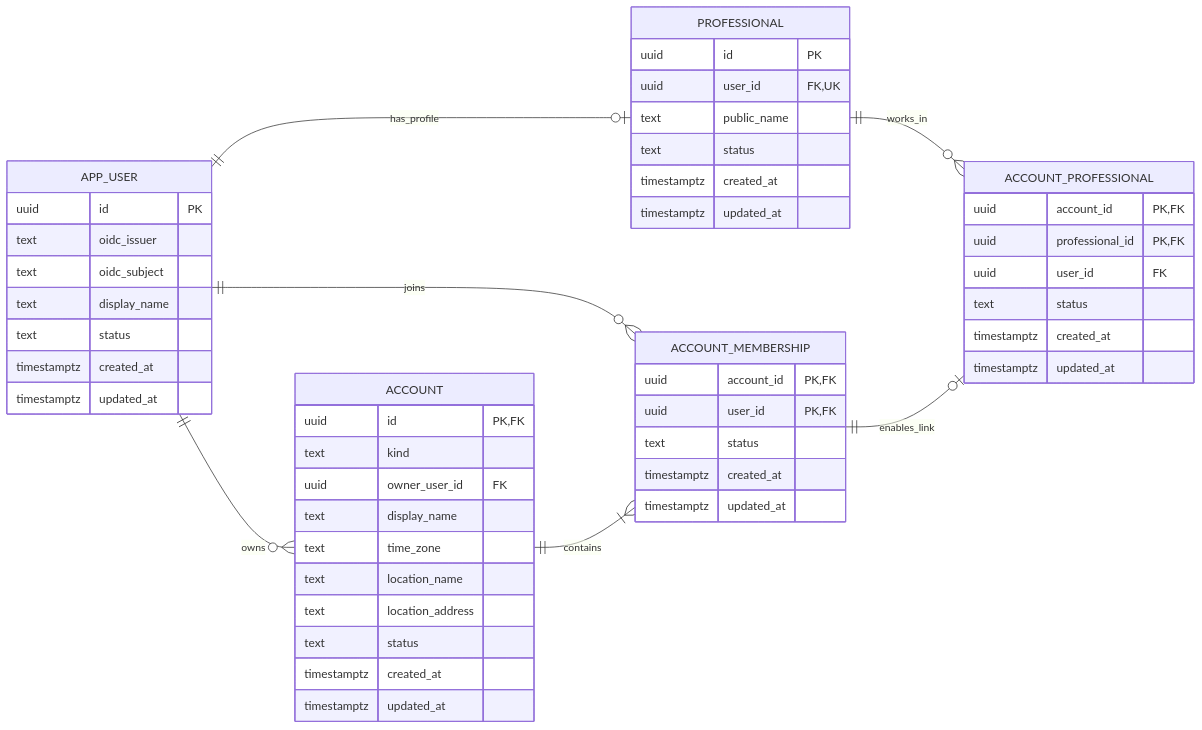
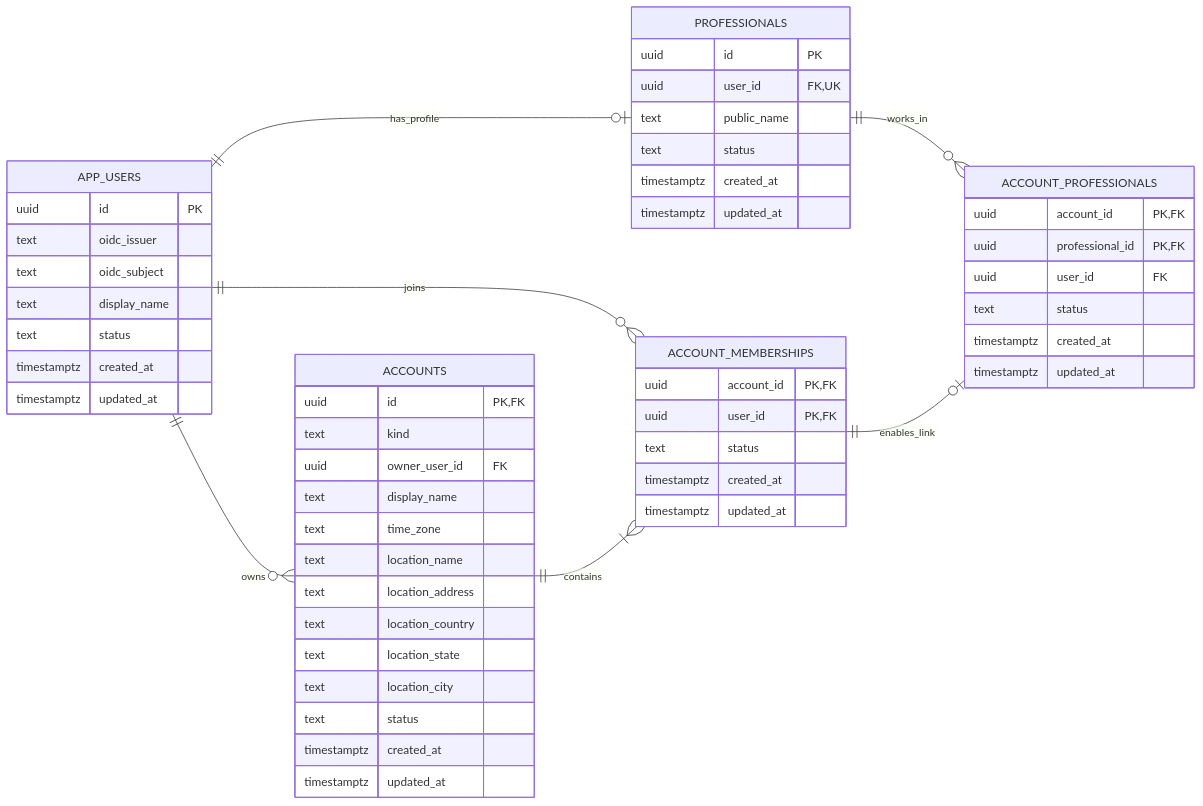
One commit to odiseo0/nightingale changed the first of 4 diagrams in docs/database-schema.md. Above: the diagram before and after it, drawn with Mermaid. The commit also changed other lines of this file, not shown here.

````diff
--- a/docs/database-schema.md
+++ b/docs/database-schema.md
@@ -278,55 +305,58 @@
 ```mermaid
 erDiagram
     direction LR
-    APP_USER ||--o{ ACCOUNT : owns
-    APP_USER ||--o{ ACCOUNT_MEMBERSHIP : joins
-    ACCOUNT ||--|{ ACCOUNT_MEMBERSHIP : contains
-    APP_USER ||--o| PROFESSIONAL : has_profile
-    PROFESSIONAL ||--o{ ACCOUNT_PROFESSIONAL : works_in
-    ACCOUNT_MEMBERSHIP ||--o| ACCOUNT_PROFESSIONAL : enables_link
+    APP_USERS ||--o{ ACCOUNTS : owns
+    APP_USERS ||--o{ ACCOUNT_MEMBERSHIPS : joins
+    ACCOUNTS ||--|{ ACCOUNT_MEMBERSHIPS : contains
+    APP_USERS ||--o| PROFESSIONALS : has_profile
+    PROFESSIONALS ||--o{ ACCOUNT_PROFESSIONALS : works_in
+    ACCOUNT_MEMBERSHIPS ||--o| ACCOUNT_PROFESSIONALS : enables_link
 
-    APP_USER {
+    APP_USERS {
         uuid id PK
         text oidc_issuer
         text oidc_subject
         text display_name
         text status
         timestamptz created_at
         timestamptz updated_at
     }
-    ACCOUNT {
+    ACCOUNTS {
         uuid id PK,FK
         text kind
         uuid owner_user_id FK
         text display_name
         text time_zone
         text location_name
         text location_address
+        text location_country
+        text location_state
+        text location_city
         text status
         timestamptz created_at
         timestamptz updated_at
     }
-    ACCOUNT_MEMBERSHIP {
+    ACCOUNT_MEMBERSHIPS {
         uuid account_id PK,FK
         uuid user_id PK,FK
         text status
         timestamptz created_at
         timestamptz updated_at
     }
-    PROFESSIONAL {
+    PROFESSIONALS {
         uuid id PK
         uuid user_id FK,UK
         text public_name
         text status
         timestamptz created_at
         timestamptz updated_at
     }
-    ACCOUNT_PROFESSIONAL {
+    ACCOUNT_PROFESSIONALS {
         uuid account_id PK,FK
         uuid professional_id PK,FK
         uuid user_id FK
         text status
         timestamptz created_at
         timestamptz updated_at
     }
 ```
````
